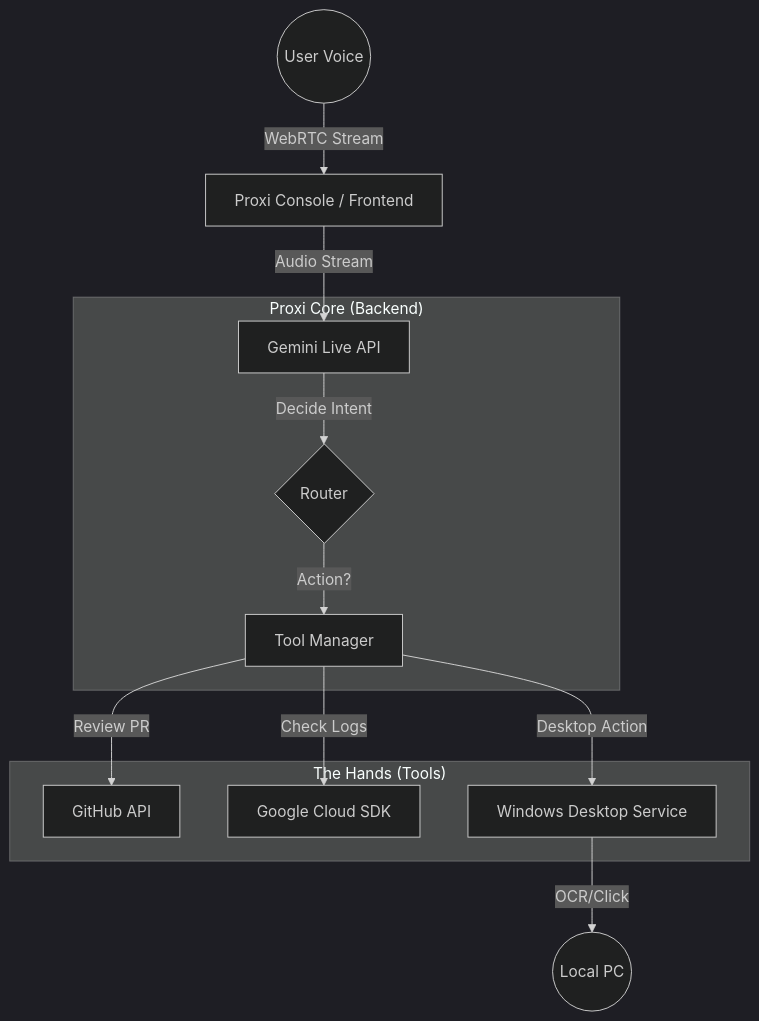
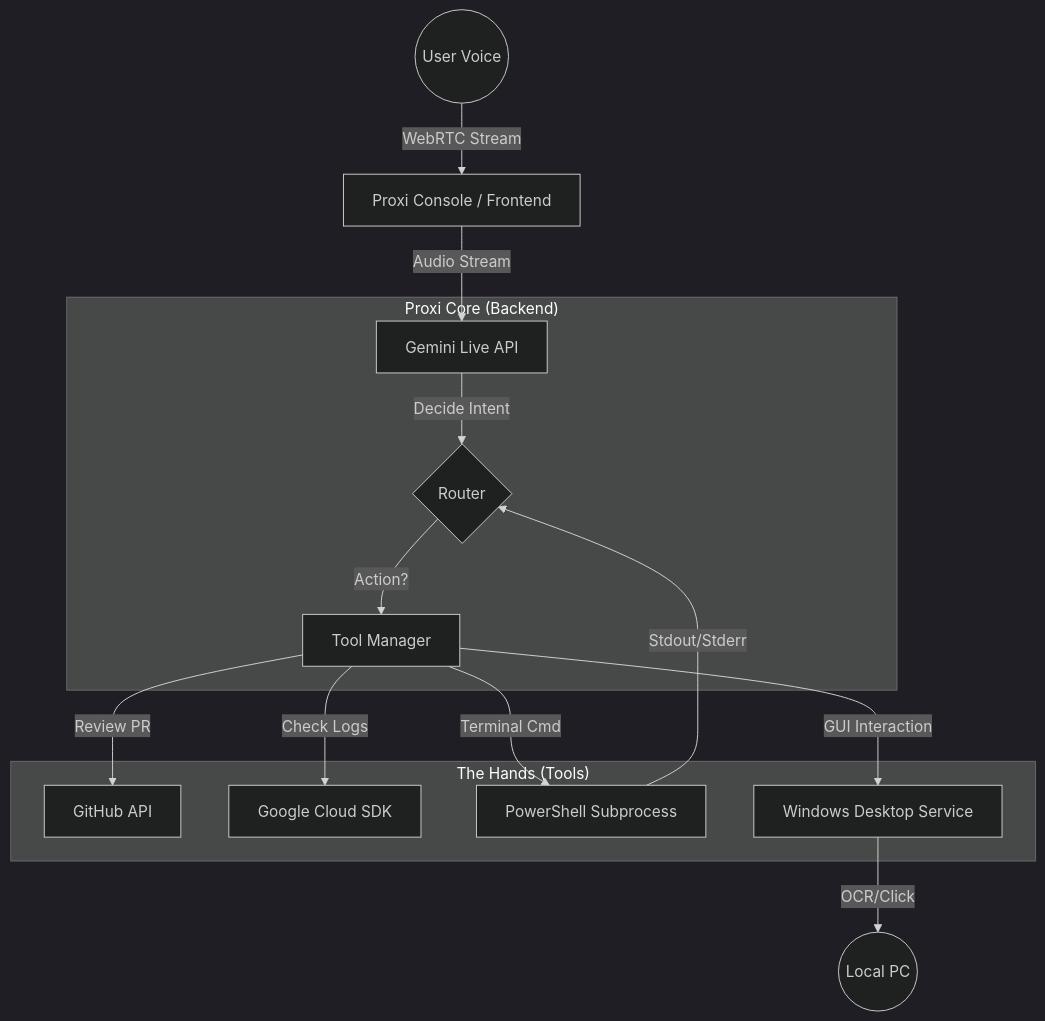
The diagram in README.md (vermamanoj/proxi-ai), drawn with Mermaid (dark theme) before and after one commit. The commit also changed other lines of this file and 3 other files, not shown here.

First line of the commit message:
feat(windows): Enhance Proxi Ghost with remote server control

````diff
--- a/README.md
+++ b/README.md
@@ -112,18 +119,20 @@
 ```mermaid
 graph TD
     User((User Voice)) -->|WebRTC Stream| Bridge[Proxi Console / Frontend]
     Bridge -->|Audio Stream| Gemini[Gemini Live API]
     
     subgraph "Proxi Core (Backend)"
         Gemini -->|Decide Intent| Router{Router}
         Router -->|Action?| Tools[Tool Manager]
     end
     
     subgraph "The Hands (Tools)"
         Tools -->|Review PR| GitHub[GitHub API]
         Tools -->|Check Logs| GCP[Google Cloud SDK]
-        Tools -->|Desktop Action| Ghost[Windows Desktop Service]
+        Tools -->|Terminal Cmd| Shell[PowerShell Subprocess]
+        Tools -->|GUI Interaction| Ghost[Windows Desktop Service]
     end
     
+    Shell -->|Stdout/Stderr| Router
     Ghost -->|OCR/Click| Desktop((Local PC))
 ```
````
